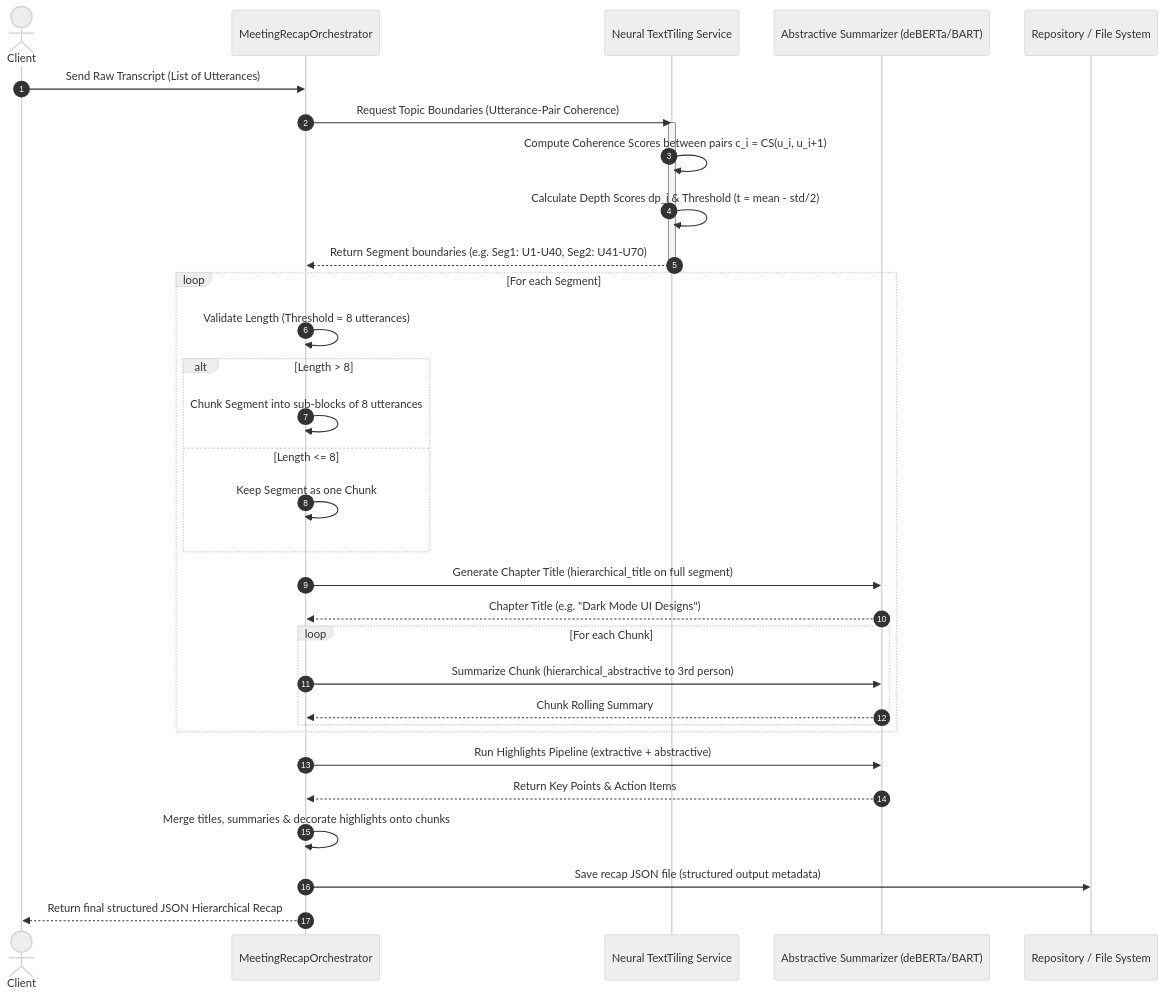
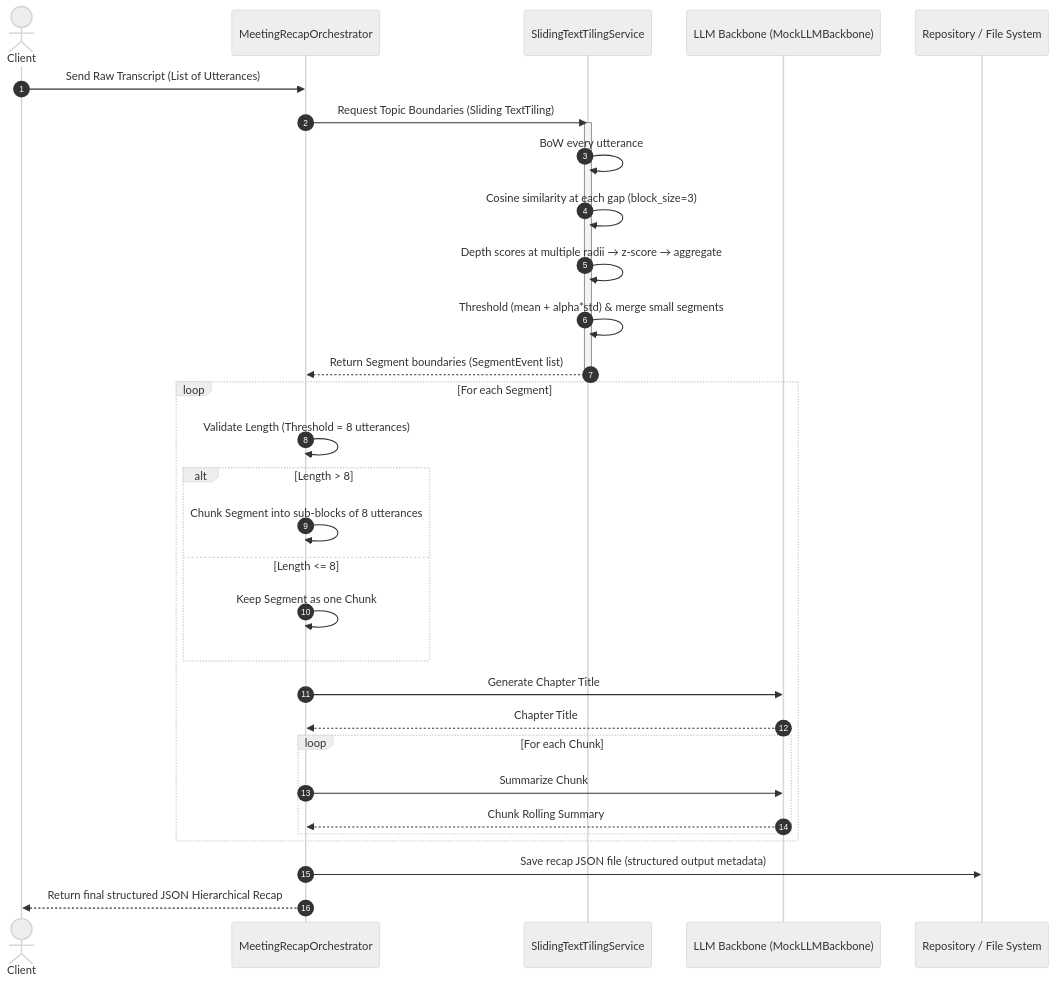
One commit to quangkmhd/AIP491_G5_SU26_hierarchical-highlights-summarizer changed the second of 2 diagrams in docs/design-docs/system-architecture.md. Above: the diagram before and after it, drawn with Mermaid (neutral theme). The commit also changed other lines of this file and 24 other files, not shown here.

Commit message:
refactor: replace neural NSP-BERT topic segmentation with multi-scale lexical Sliding TextTiling

````diff
--- a/docs/design-docs/system-architecture.md
+++ b/docs/design-docs/system-architecture.md
@@ -98,41 +92,39 @@
 ```mermaid
 sequenceDiagram
     autonumber
     actor Client
     participant Service as MeetingRecapOrchestrator
-    participant Segmentation as Neural TextTiling Service
-    participant Summarization as Abstractive Summarizer (deBERTa/BART)
+    participant Segmentation as SlidingTextTilingService
+    participant Summarization as LLM Backbone (MockLLMBackbone)
     participant FS as Repository / File System
 
     Client->>Service: Send Raw Transcript (List of Utterances)
-    Service->>Segmentation: Request Topic Boundaries (Utterance-Pair Coherence)
+    Service->>Segmentation: Request Topic Boundaries (Sliding TextTiling)
     activate Segmentation
-    Segmentation->>Segmentation: Compute Coherence Scores between pairs c_i = CS(u_i, u_i+1)
-    Segmentation->>Segmentation: Calculate Depth Scores dp_i & Threshold (t = mean - std/2)
-    Segmentation-->>Service: Return Segment boundaries (e.g. Seg1: U1-U40, Seg2: U41-U70)
+    Segmentation->>Segmentation: BoW every utterance
+    Segmentation->>Segmentation: Cosine similarity at each gap (block_size=3)
+    Segmentation->>Segmentation: Depth scores at multiple radii → z-score → aggregate
+    Segmentation->>Segmentation: Threshold (mean + alpha*std) & merge small segments
+    Segmentation-->>Service: Return Segment boundaries (SegmentEvent list)
     deactivate Segmentation
 
     loop For each Segment
         Service->>Service: Validate Length (Threshold = 8 utterances)
         alt Length > 8
             Service->>Service: Chunk Segment into sub-blocks of 8 utterances
         else Length <= 8
             Service->>Service: Keep Segment as one Chunk
         end
 
-        Service->>Summarization: Generate Chapter Title (hierarchical_title on full segment)
-        Summarization-->>Service: Chapter Title (e.g. "Dark Mode UI Designs")
+        Service->>Summarization: Generate Chapter Title
+        Summarization-->>Service: Chapter Title
       
         loop For each Chunk
-            Service->>Summarization: Summarize Chunk (hierarchical_abstractive to 3rd person)
+            Service->>Summarization: Summarize Chunk
             Summarization-->>Service: Chunk Rolling Summary
         end
     end
 
-    Service->>Summarization: Run Highlights Pipeline (extractive + abstractive)
-    Summarization-->>Service: Return Key Points & Action Items
-
-    Service->>Service: Merge titles, summaries & decorate highlights onto chunks
     Service->>FS: Save recap JSON file (structured output metadata)
     Service-->>Client: Return final structured JSON Hierarchical Recap
 ```
````
